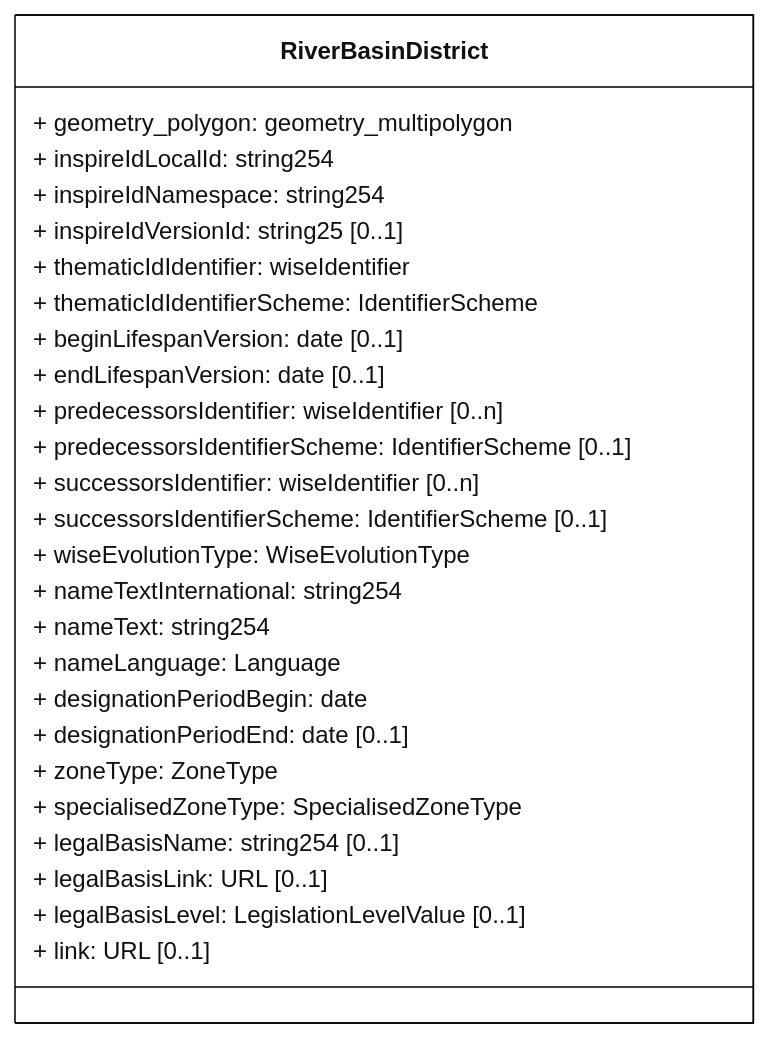
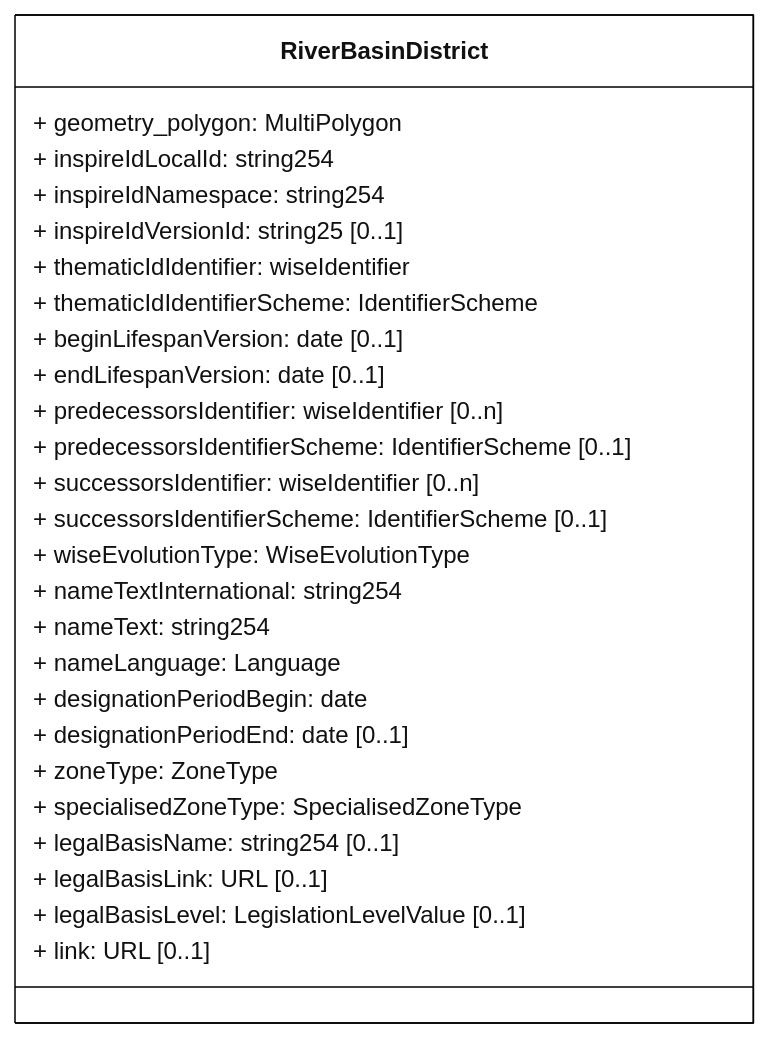
The diagram in docs/DataModelReview/mmd/Spatial_4thCycle_RiverBasinDistrict.mmd (eeadata/WISE.WFD.Documentation), drawn with Mermaid before and after one commit. The commit also changed 5 other files, not shown here.

```diff
--- a/docs/DataModelReview/mmd/Spatial_4thCycle_RiverBasinDistrict.mmd
+++ b/docs/DataModelReview/mmd/Spatial_4thCycle_RiverBasinDistrict.mmd
@@ -1,38 +1,38 @@
 ---
 config:
   class:
     hideEmptyMembersBox: true
   layout: dagre
   theme: neutral
 ---
 classDiagram
 direction LR
 class RiverBasinDistrict {
-  + geometry_polygon: geometry_multipolygon
+  + geometry_polygon: MultiPolygon
   + inspireIdLocalId: string254
   + inspireIdNamespace: string254
   + inspireIdVersionId: string25 [0..1]
   + thematicIdIdentifier: wiseIdentifier
   + thematicIdIdentifierScheme: IdentifierScheme
   + beginLifespanVersion: date [0..1]
   + endLifespanVersion: date [0..1]
   + predecessorsIdentifier: wiseIdentifier [0..n]
   + predecessorsIdentifierScheme: IdentifierScheme [0..1]
   + successorsIdentifier: wiseIdentifier [0..n]
   + successorsIdentifierScheme: IdentifierScheme [0..1]
   + wiseEvolutionType: WiseEvolutionType
   + nameTextInternational: string254
   + nameText: string254
   + nameLanguage: Language
   + designationPeriodBegin: date
   + designationPeriodEnd: date [0..1]
   + zoneType: ZoneType
   + specialisedZoneType: SpecialisedZoneType
   + legalBasisName: string254 [0..1]
   + legalBasisLink: URL [0..1]
   + legalBasisLevel: LegislationLevelValue [0..1]
   + link: URL [0..1]
 }
 
 classDef default fill:white,stroke:#000;
 classDef forFixing fill:white,stroke:#f00;
```
